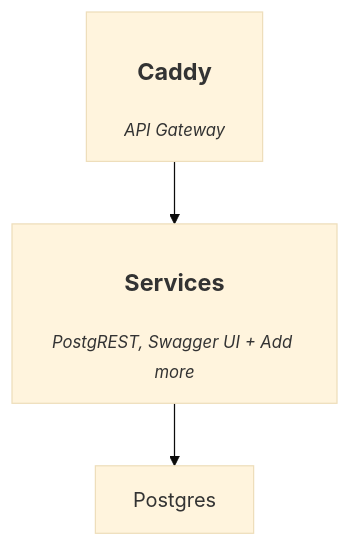
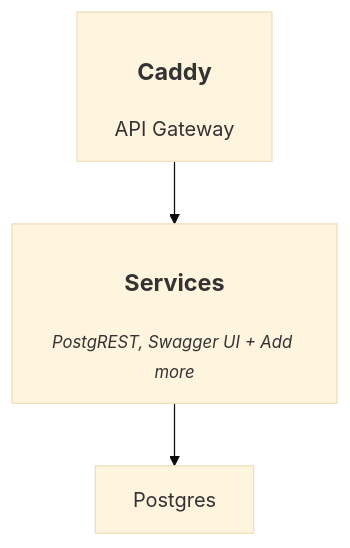
One commit to explodinglabs/superstack changed the diagram in README.md. Above: the diagram before and after it, drawn with Mermaid (base theme).

Commit message:
Adjust architecture

````diff
--- a/README.md
+++ b/README.md
@@ -14,6 +14,6 @@
 ```mermaid
 flowchart TD
-    Caddy["<h3>Caddy</h3><small><i>API Gateway</i></small>"]
+    Caddy["<h3>Caddy</h3>API Gateway"]
     Caddy --> Middleware["<h3>Services</h3><small><i>PostgREST, Swagger UI + Add more</i></small>"]
     Middleware --> Postgres
 ```
````
